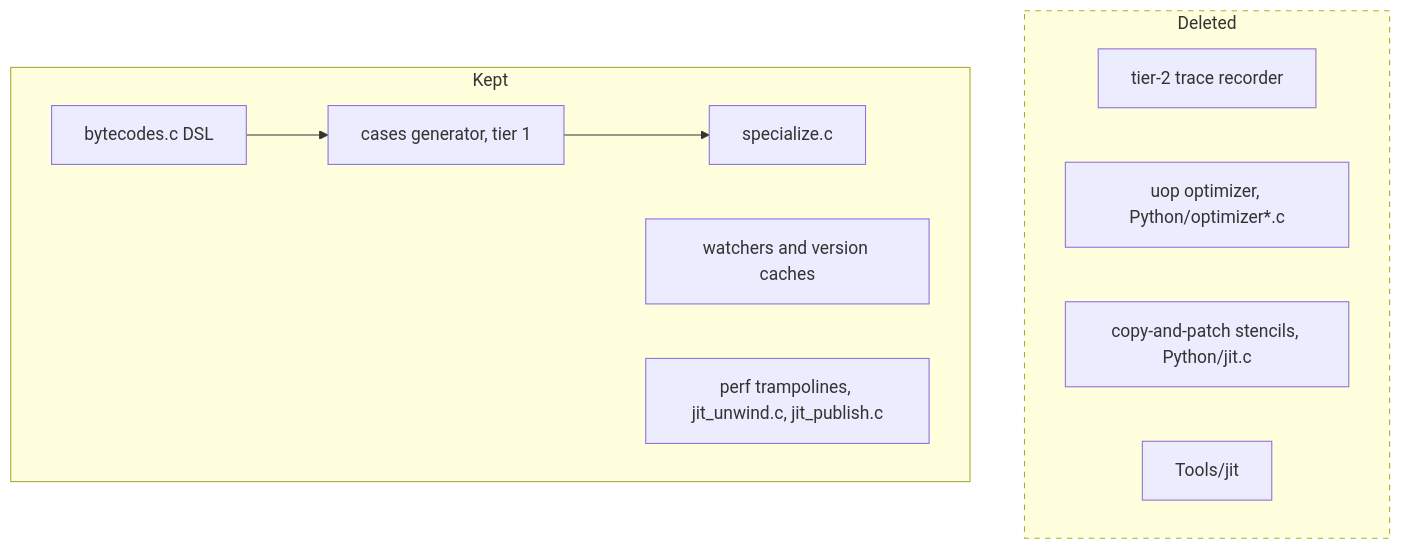
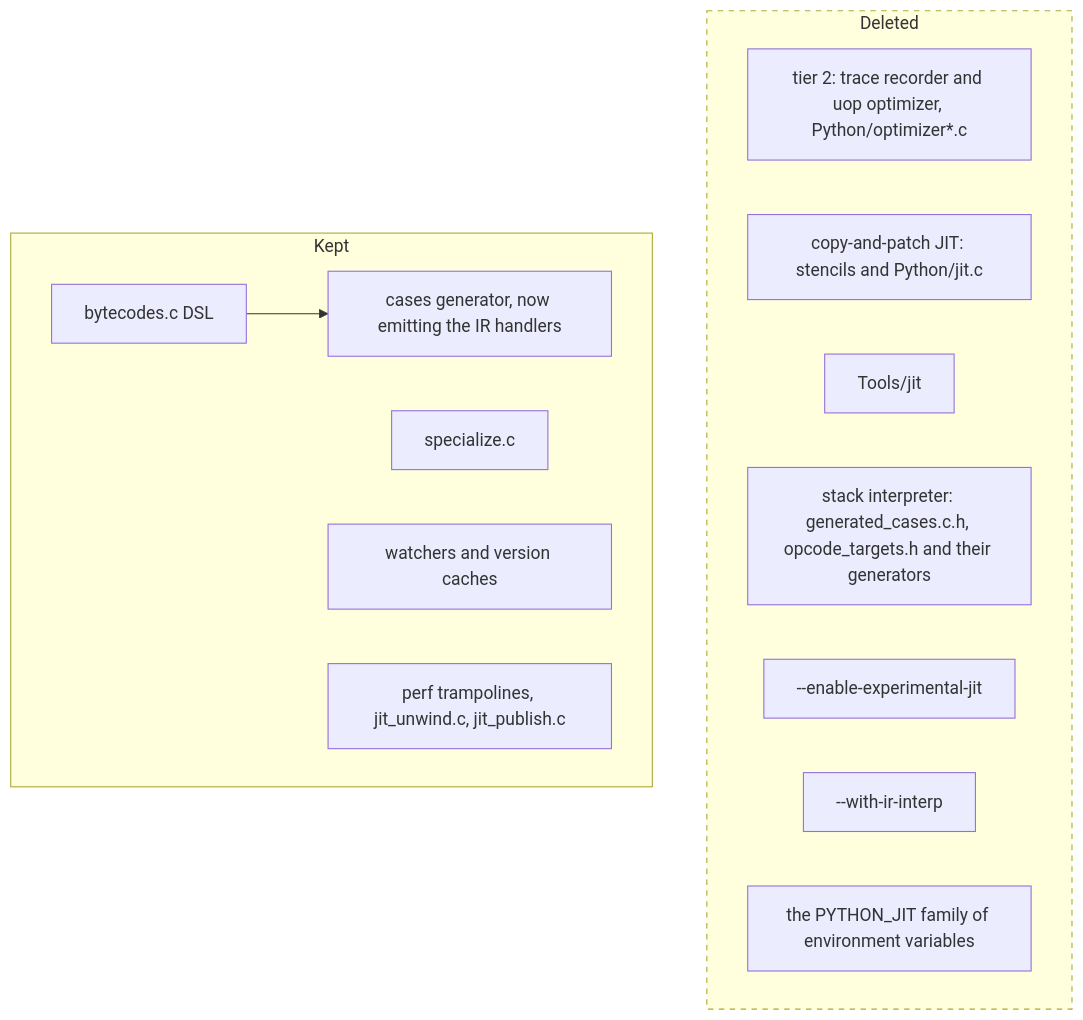
The second of 7 diagrams in boil/PR.md (rjpower/cpython), drawn with Mermaid before and after one commit. The commit also changed other lines of this file, not shown here.

Commit message:
boil: update the PR description for the register IR, shapes and tier 0

````diff
--- a/boil/PR.md
+++ b/boil/PR.md
@@ -44,19 +44,21 @@
 ```mermaid
 flowchart TB
     subgraph deleted["Deleted"]
-        d1["tier-2 trace recorder"]
-        d2["uop optimizer, Python/optimizer*.c"]
-        d3["copy-and-patch stencils, Python/jit.c"]
-        d4["Tools/jit"]
+        d1["tier 2: trace recorder and uop optimizer, Python/optimizer*.c"]
+        d2["copy-and-patch JIT: stencils and Python/jit.c"]
+        d3["Tools/jit"]
+        d4["stack interpreter: generated_cases.c.h, opcode_targets.h and their generators"]
+        d5["--enable-experimental-jit"]
+        d6["--with-ir-interp"]
+        d7["the PYTHON_JIT family of environment variables"]
     end
     subgraph kept["Kept"]
         k1["bytecodes.c DSL"]
-        k2["cases generator, tier 1"]
+        k2["cases generator, now emitting the IR handlers"]
         k3["specialize.c"]
         k4["watchers and version caches"]
         k5["perf trampolines, jit_unwind.c, jit_publish.c"]
     end
     k1 --> k2
-    k2 --> k3
     style deleted stroke-dasharray: 5 5
 ```
````
